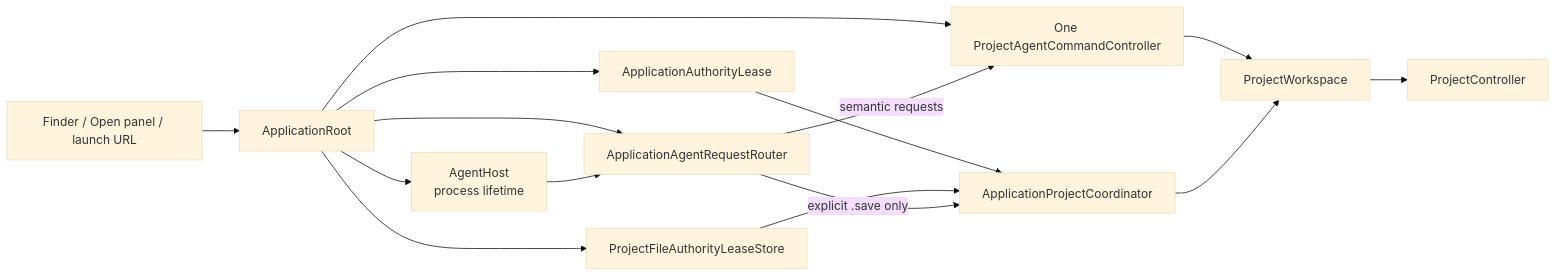
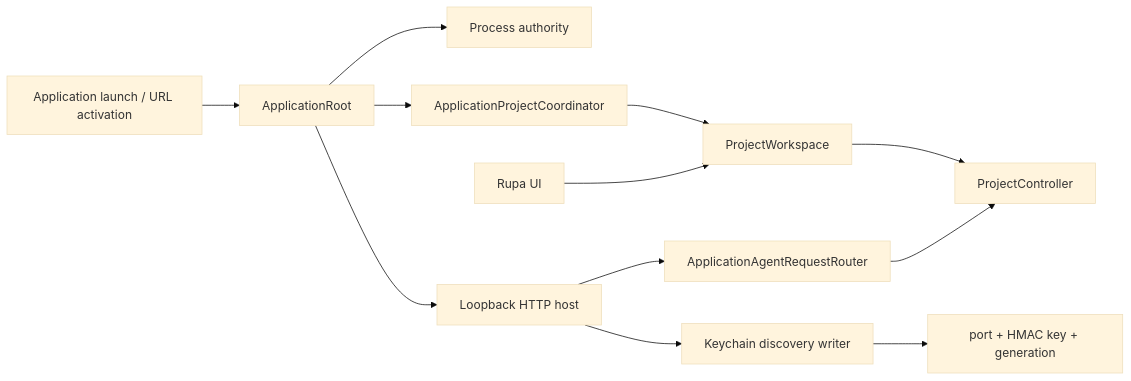
The first of 2 diagrams in Rupa/Rupa/Rupa/DESIGN.md (1amageek/Rupa), drawn with Mermaid (base theme) before and after one commit. The commit also changed other lines of this file and 133 other files, not shown here.

````diff
--- a/Rupa/Rupa/Rupa/DESIGN.md
+++ b/Rupa/Rupa/Rupa/DESIGN.md
@@ -34,17 +31,14 @@
 ```mermaid
 flowchart LR
-    Delivery["Finder / Open panel / launch URL"] --> Root["ApplicationRoot"]
-    Root --> Lease["ApplicationAuthorityLease"]
-    Root --> FileLeaseStore["ProjectFileAuthorityLeaseStore"]
-    Lease --> Coordinator["ApplicationProjectCoordinator"]
-    FileLeaseStore --> Coordinator
-    Root --> Controller["One ProjectAgentCommandController"]
-    Controller --> Workspace
-    Root --> Router["ApplicationAgentRequestRouter"]
-    Router -->|semantic requests| Controller
-    Router -->|explicit .save only| Coordinator
-    Root --> Host["AgentHost\nprocess lifetime"]
-    Host --> Router
+    Launch["Application launch / URL activation"] --> Root["ApplicationRoot"]
+    Root --> Authority["Process authority"]
+    Root --> Host["Loopback HTTP host"]
+    Root --> Coordinator["ApplicationProjectCoordinator"]
     Coordinator --> Workspace["ProjectWorkspace"]
-    Workspace --> ProjectController["ProjectController"]
+    Workspace --> Controller["ProjectController"]
+    Host --> Router["ApplicationAgentRequestRouter"]
+    Router --> Controller
+    Host --> Writer["Keychain discovery writer"]
+    Writer --> Discovery["port + HMAC key + generation"]
+    UI["Rupa UI"] --> Workspace
 ```
````
